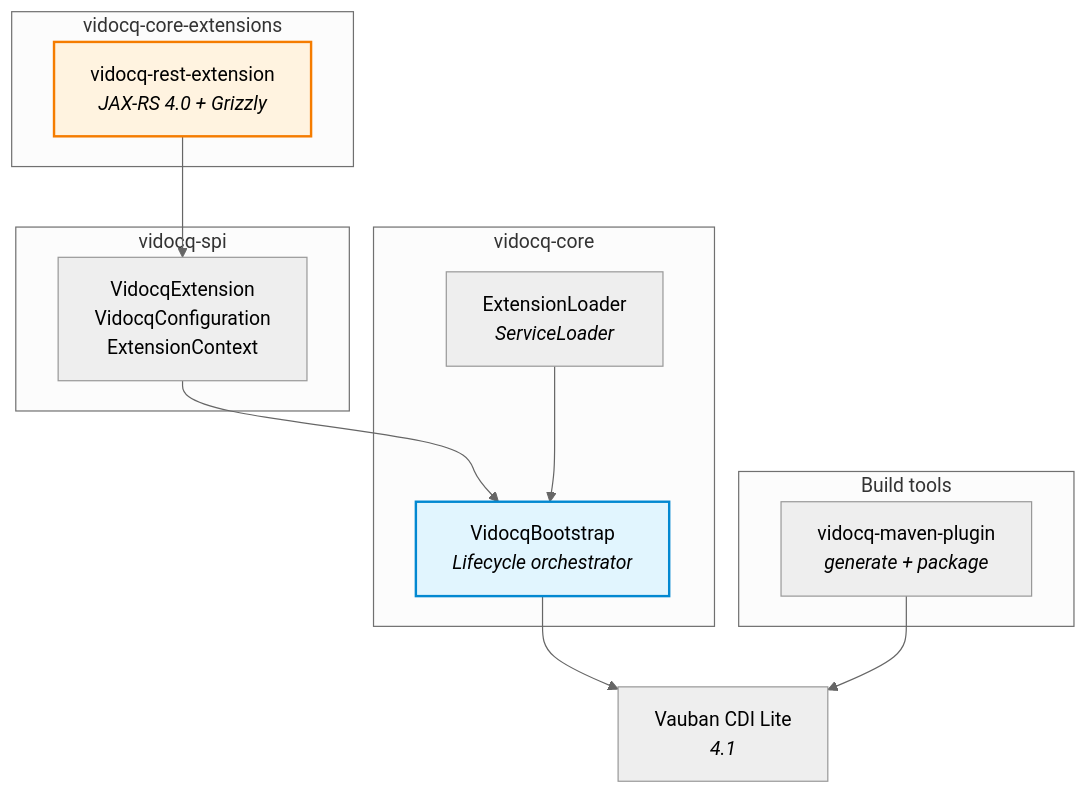
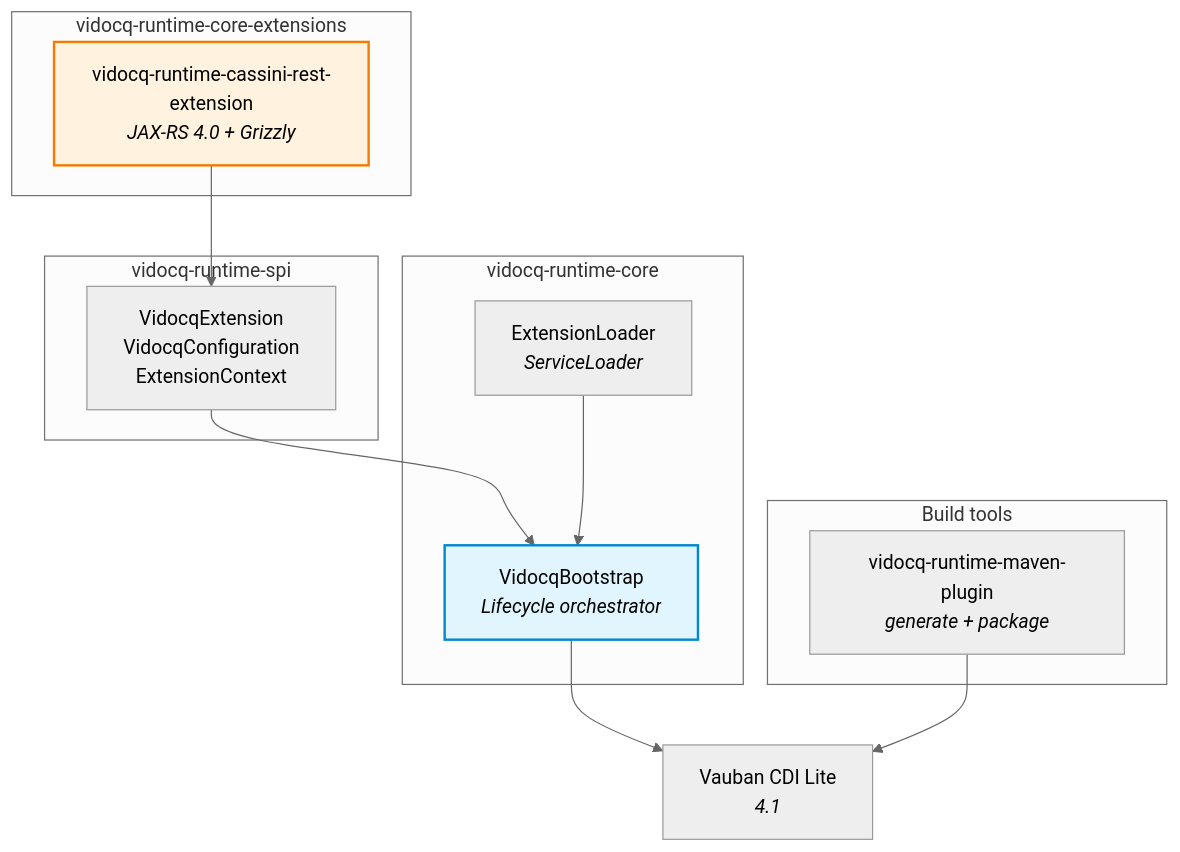
The diagram in README.md (vidocq-stack/vidocq), drawn with Mermaid (neutral theme) before and after one commit. The commit also changed other lines of this file and 330 other files, not shown here.

First line of the commit message:
refactor: rename vidocq-mps → vidocq, package io.vidocq.runtime

````diff
--- a/README.md
+++ b/README.md
@@ -100,24 +100,24 @@
 ```mermaid
 graph TB
-    subgraph "vidocq-spi"
+    subgraph "vidocq-runtime-spi"
         SPI[VidocqExtension<br/>VidocqConfiguration<br/>ExtensionContext]
     end
-    subgraph "vidocq-core"
+    subgraph "vidocq-runtime-core"
         BOOT[VidocqBootstrap<br/><i>Lifecycle orchestrator</i>]
         LOADER[ExtensionLoader<br/><i>ServiceLoader</i>]
     end
-    subgraph "vidocq-core-extensions"
-        REST[vidocq-rest-extension<br/><i>JAX-RS 4.0 + Grizzly</i>]
+    subgraph "vidocq-runtime-core-extensions"
+        REST[vidocq-runtime-cassini-rest-extension<br/><i>JAX-RS 4.0 + Grizzly</i>]
     end
     subgraph "Build tools"
-        PLUGIN[vidocq-maven-plugin<br/><i>generate + package</i>]
+        PLUGIN[vidocq-runtime-maven-plugin<br/><i>generate + package</i>]
     end
 
     SPI --> BOOT
     LOADER --> BOOT
     REST --> SPI
     BOOT --> VAUBAN[Vauban CDI Lite<br/><i>4.1</i>]
     PLUGIN --> VAUBAN
     style BOOT fill:#e1f5fe,stroke:#0288d1,stroke-width:2px
     style REST fill:#fff3e0,stroke:#f57c00,stroke-width:2px
 ```
````
